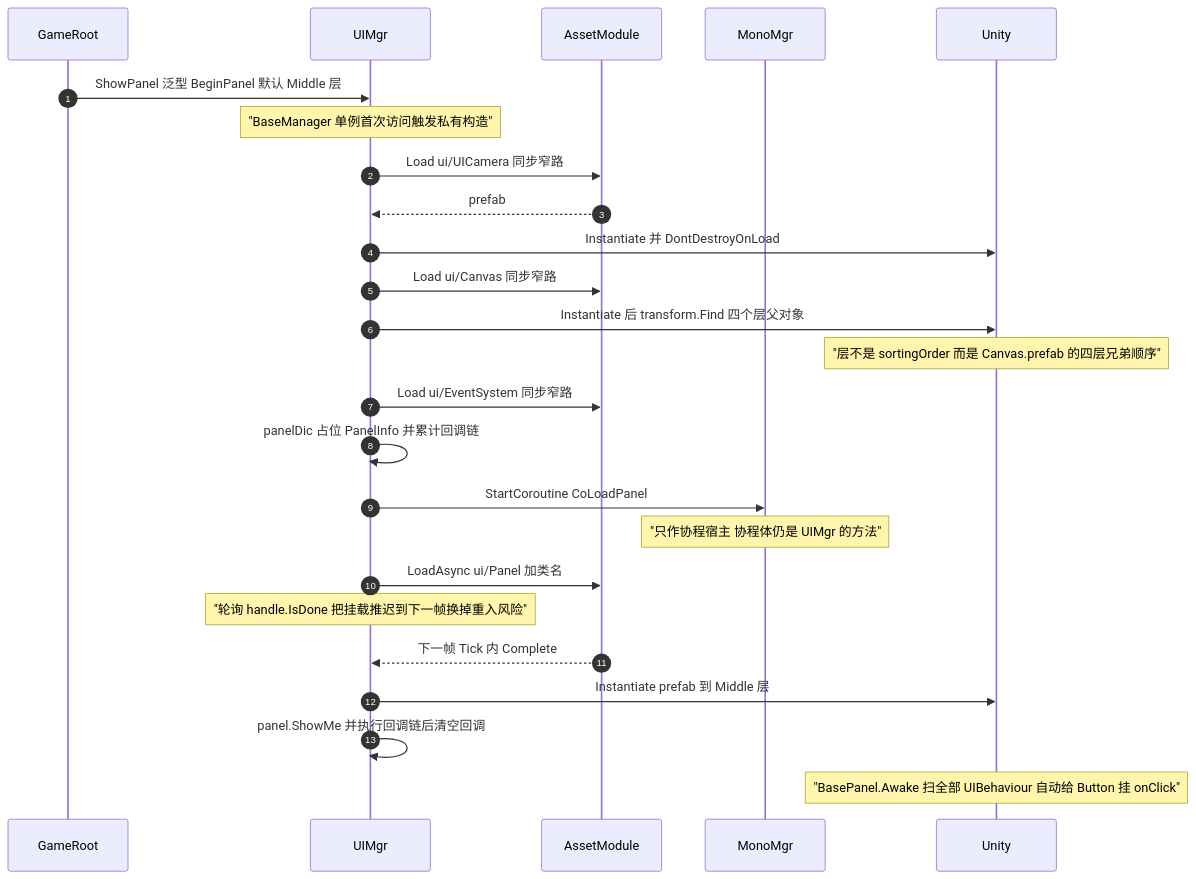
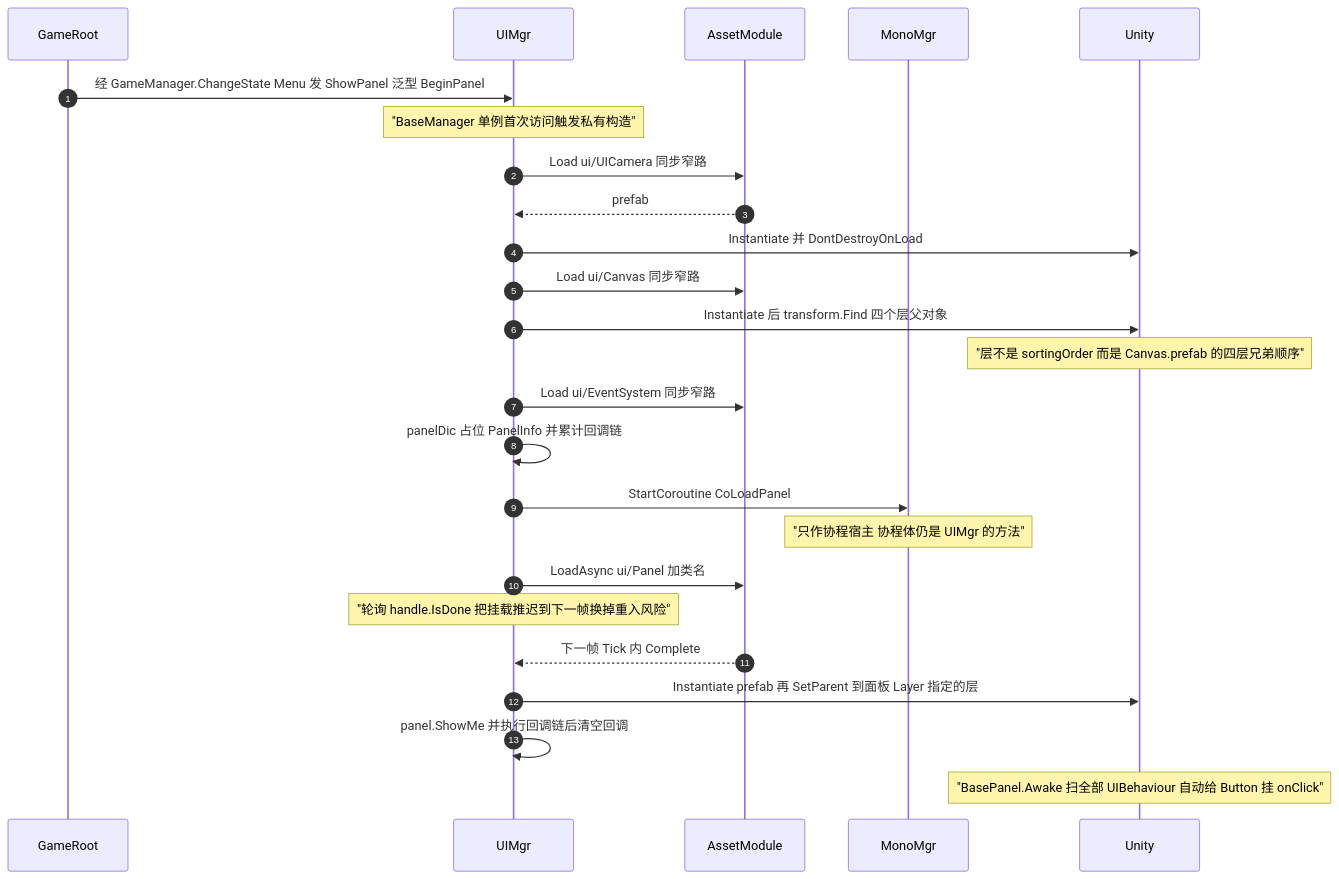
One commit to 5FYZhou/deepseaoil changed diagram 15 of 16 in Docs/框架设计/架构图集.md. Above: the diagram before and after it, drawn with Mermaid. The commit also changed other lines of this file and 152 other files, not shown here.

````diff
--- a/Docs/框架设计/架构图集.md
+++ b/Docs/框架设计/架构图集.md
@@ -595,27 +605,27 @@
 ```mermaid
 sequenceDiagram
     autonumber
     participant GR as GameRoot
     participant UI as UIMgr
     participant AM as AssetModule
     participant MM as MonoMgr
     participant U as Unity
-    GR->>UI: ShowPanel 泛型 BeginPanel 默认 Middle 层
+    GR->>UI: 经 GameManager.ChangeState Menu 发 ShowPanel 泛型 BeginPanel
     Note over UI: "BaseManager 单例首次访问触发私有构造"
     UI->>AM: Load ui/UICamera 同步窄路
     AM-->>UI: prefab
     UI->>U: Instantiate 并 DontDestroyOnLoad
     UI->>AM: Load ui/Canvas 同步窄路
     UI->>U: Instantiate 后 transform.Find 四个层父对象
     Note over U: "层不是 sortingOrder 而是 Canvas.prefab 的四层兄弟顺序"
     UI->>AM: Load ui/EventSystem 同步窄路
     UI->>UI: panelDic 占位 PanelInfo 并累计回调链
     UI->>MM: StartCoroutine CoLoadPanel
     Note over MM: "只作协程宿主 协程体仍是 UIMgr 的方法"
     UI->>AM: LoadAsync ui/Panel 加类名
     Note over UI: "轮询 handle.IsDone 把挂载推迟到下一帧换掉重入风险"
     AM-->>UI: 下一帧 Tick 内 Complete
-    UI->>U: Instantiate prefab 到 Middle 层
+    UI->>U: Instantiate prefab 再 SetParent 到面板 Layer 指定的层
     UI->>UI: panel.ShowMe 并执行回调链后清空回调
     Note over U: "BasePanel.Awake 扫全部 UIBehaviour 自动给 Button 挂 onClick"
 ```
````
